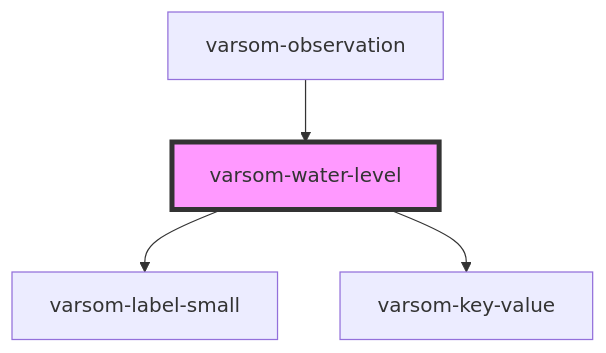
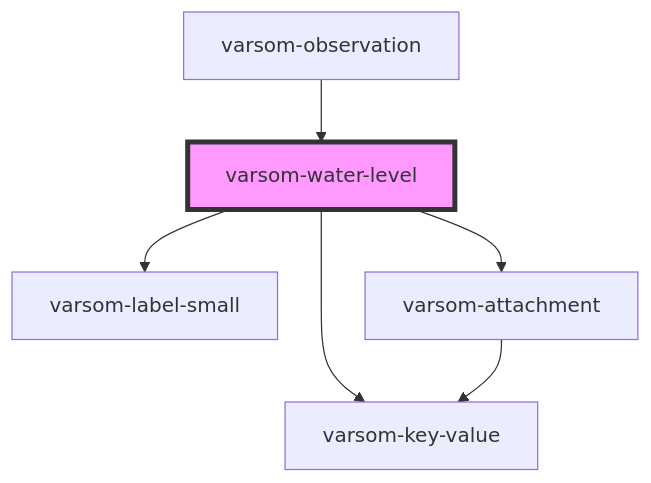
The diagram in observasjonskort/src/components/varsom-water-level/readme.md (NVE/varsom-observation), drawn with Mermaid before and after one commit. The commit also changed other lines of this file and 17 other files, not shown here.

````diff
--- a/observasjonskort/src/components/varsom-water-level/readme.md
+++ b/observasjonskort/src/components/varsom-water-level/readme.md
@@ -34,7 +35,9 @@
 ```mermaid
 graph TD;
   varsom-water-level --> varsom-label-small
   varsom-water-level --> varsom-key-value
+  varsom-water-level --> varsom-attachment
+  varsom-attachment --> varsom-key-value
   varsom-observation --> varsom-water-level
   style varsom-water-level fill:#f9f,stroke:#333,stroke-width:4px
 ```
````
